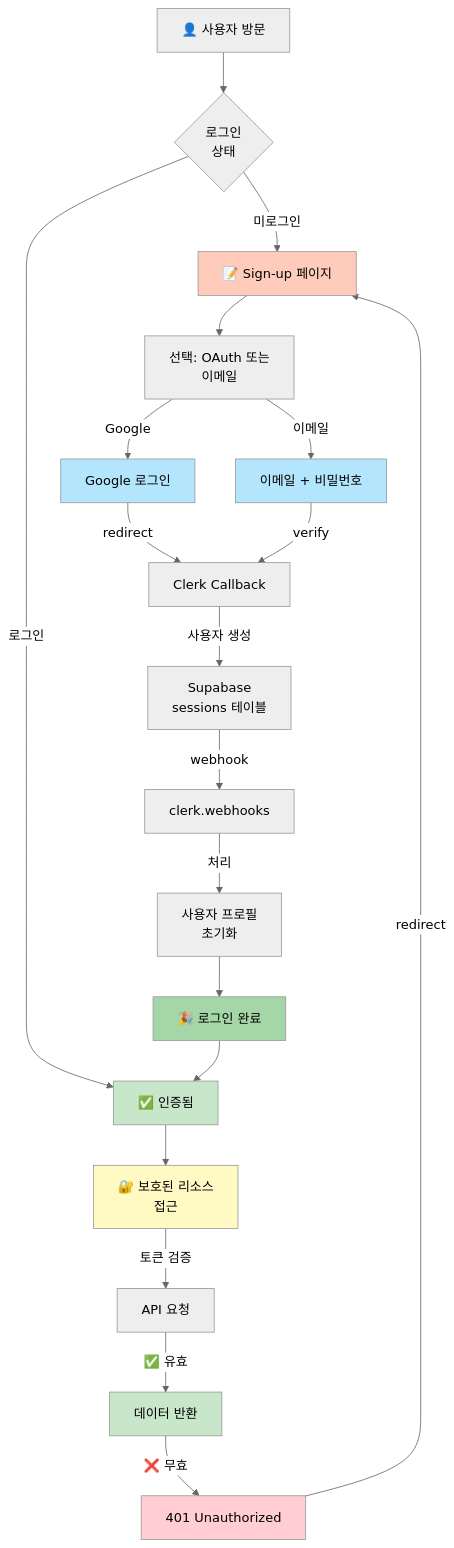
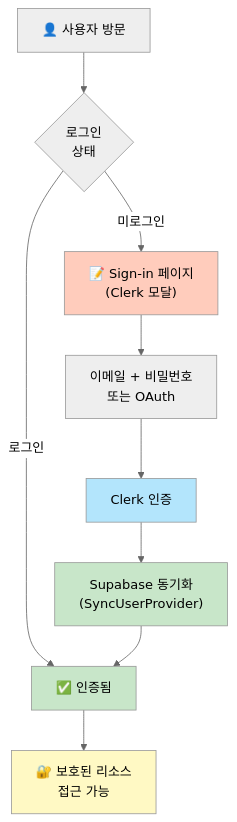
The fifth of 6 diagrams in docs/Mermaid.md (Kris-Young-Kim/ai-admp), drawn with Mermaid (neutral theme) before and after one commit. The commit also changed other lines of this file and 18 other files, not shown here.

````diff
--- a/docs/Mermaid.md
+++ b/docs/Mermaid.md
@@ -230,37 +101,20 @@
 ```mermaid
 graph TD
     A["👤 사용자 방문"] --> B{"로그인<br/>상태"}
     
-    B -->|미로그인| C["📝 Sign-up 페이지"]
+    B -->|미로그인| C["📝 Sign-in 페이지<br/>(Clerk 모달)"]
     B -->|로그인| D["✅ 인증됨"]
     
-    C --> E["선택: OAuth 또는<br/>이메일"]
-    E -->|Google| F["Google 로그인"]
-    E -->|이메일| G["이메일 + 비밀번호"]
+    C --> E["이메일 + 비밀번호<br/>또는 OAuth"]
+    E --> F["Clerk 인증"]
+    F --> G["Supabase 동기화<br/>(SyncUserProvider)"]
+    G --> D
     
-    F -->|redirect| H["Clerk Callback"]
-    G -->|verify| H
-    
-    H -->|사용자 생성| I["Supabase<br/>sessions 테이블"]
-    I -->|webhook| J["clerk.webhooks"]
-    J -->|처리| K["사용자 프로필<br/>초기화"]
-    
-    K --> L["🎉 로그인 완료"]
-    L --> D
-    
-    D --> M["🔐 보호된 리소스<br/>접근"]
-    M -->|토큰 검증| N["API 요청"]
-    N -->|✅ 유효| O["데이터 반환"]
-    
-    O -->|❌ 무효| P["401 Unauthorized"]
-    P -->|redirect| C
+    D --> H["🔐 보호된 리소스<br/>접근 가능"]
     
     style C fill:#ffccbc
     style D fill:#c8e6c9
     style F fill:#b3e5fc
-    style G fill:#b3e5fc
-    style L fill:#a5d6a7
-    style M fill:#fff9c4
-    style O fill:#c8e6c9
-    style P fill:#ffcdd2
+    style G fill:#c8e6c9
+    style H fill:#fff9c4
 ```
````
